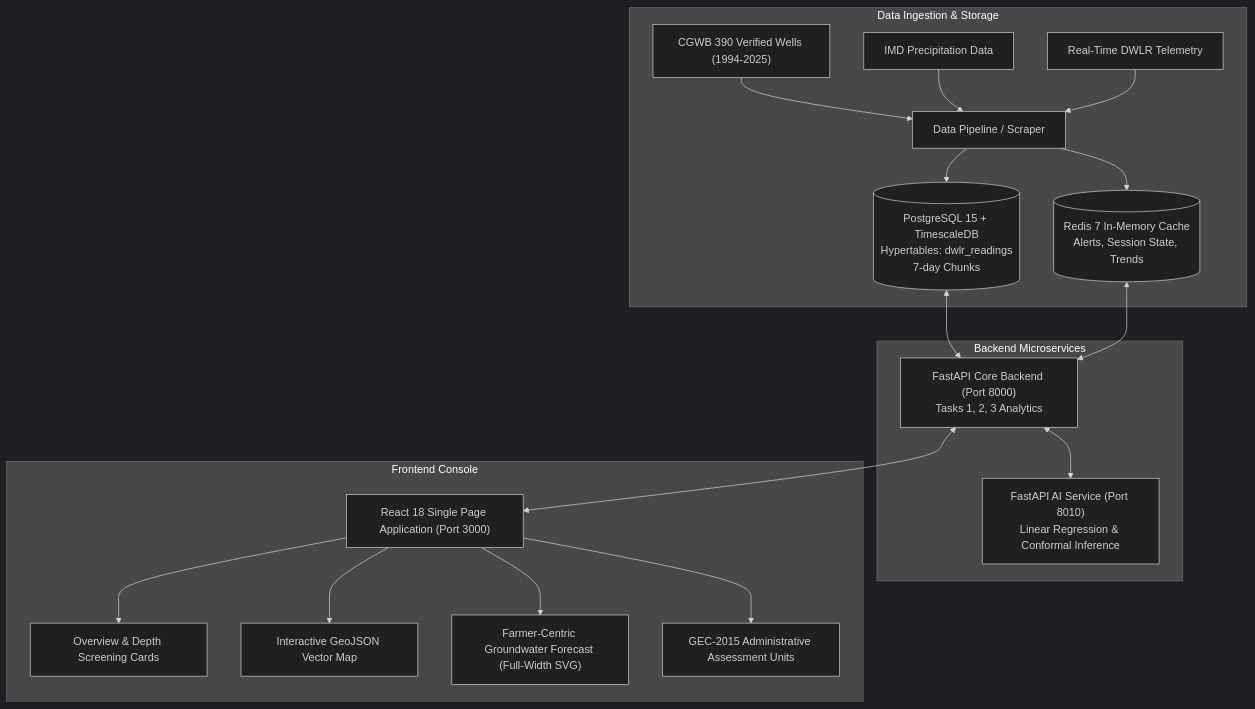
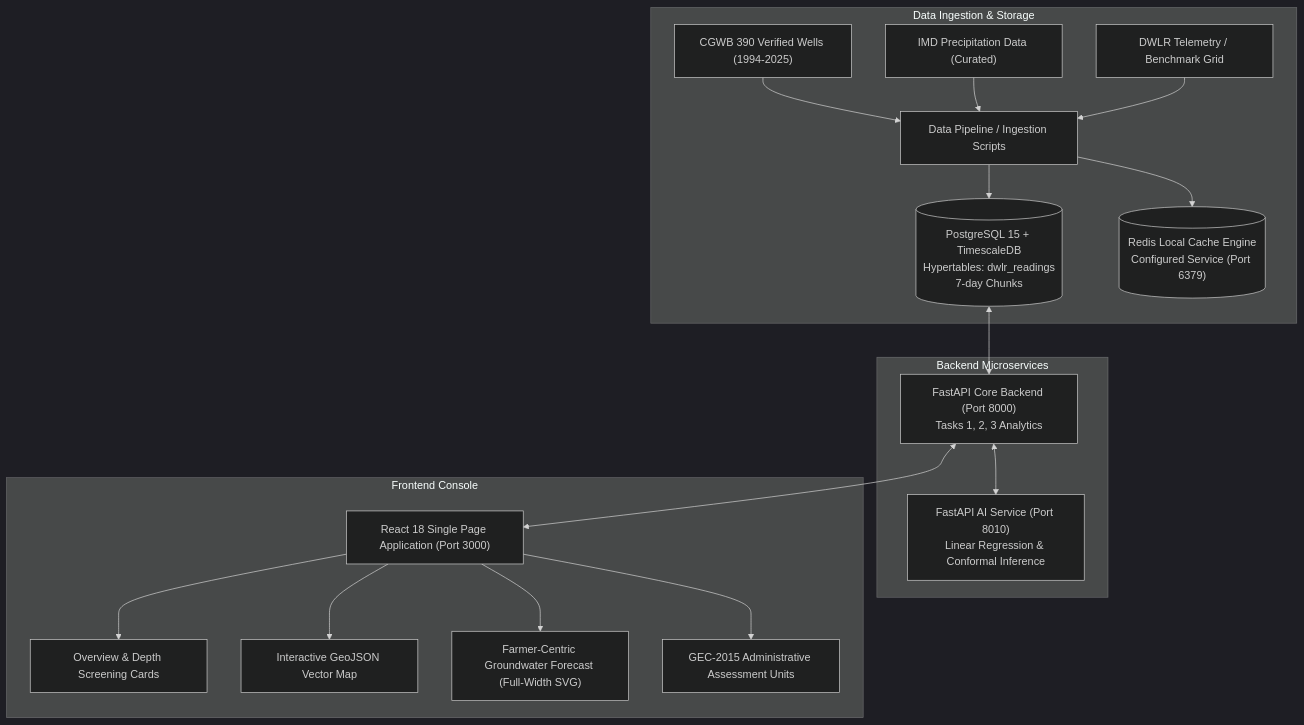
Before and after one commit to abhishekjayagond/JalDrishti: the diagram in README.md, drawn with Mermaid (dark theme). The commit also changed other lines of this file and 2 other files, not shown here.

````diff
--- a/README.md
+++ b/README.md
@@ -113,24 +115,23 @@
 ```mermaid
 flowchart TD
     subgraph Data_Layer ["Data Ingestion & Storage"]
-        D1["CGWB 390 Verified Wells (1994-2025)"] --> P1["Data Pipeline / Scraper"]
-        D2["IMD Precipitation Data"] --> P1
-        D3["Real-Time DWLR Telemetry"] --> P1
+        D1["CGWB 390 Verified Wells (1994-2025)"] --> P1["Data Pipeline / Ingestion Scripts"]
+        D2["IMD Precipitation Data (Curated)"] --> P1
+        D3["DWLR Telemetry / Benchmark Grid"] --> P1
         P1 --> DB[("PostgreSQL 15 + TimescaleDB\nHypertables: dwlr_readings\n7-day Chunks")]
-        P1 --> RD[("Redis 7 In-Memory Cache\nAlerts, Session State, Trends")]
+        P1 --> RD[("Redis Local Cache Engine\nConfigured Service (Port 6379)")]
     end
 
     subgraph Service_Layer ["Backend Microservices"]
         DB <--> API["FastAPI Core Backend (Port 8000)\nTasks 1, 2, 3 Analytics"]
-        RD <--> API
         API <--> AI["FastAPI AI Service (Port 8010)\nLinear Regression & Conformal Inference"]
     end
 
     subgraph Presentation_Layer ["Frontend Console"]
         API <--> UI["React 18 Single Page Application (Port 3000)"]
         UI --> M1["Overview & Depth Screening Cards"]
         UI --> M2["Interactive GeoJSON Vector Map"]
         UI --> M3["Farmer-Centric Groundwater Forecast (Full-Width SVG)"]
         UI --> M4["GEC-2015 Administrative Assessment Units"]
     end
 ```
````
